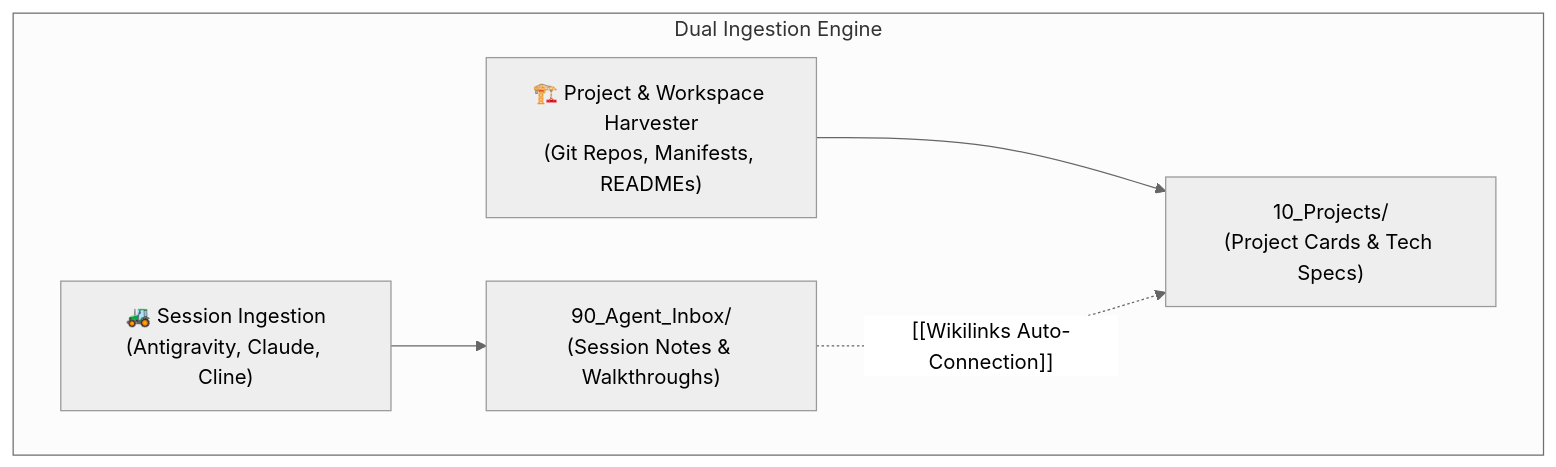
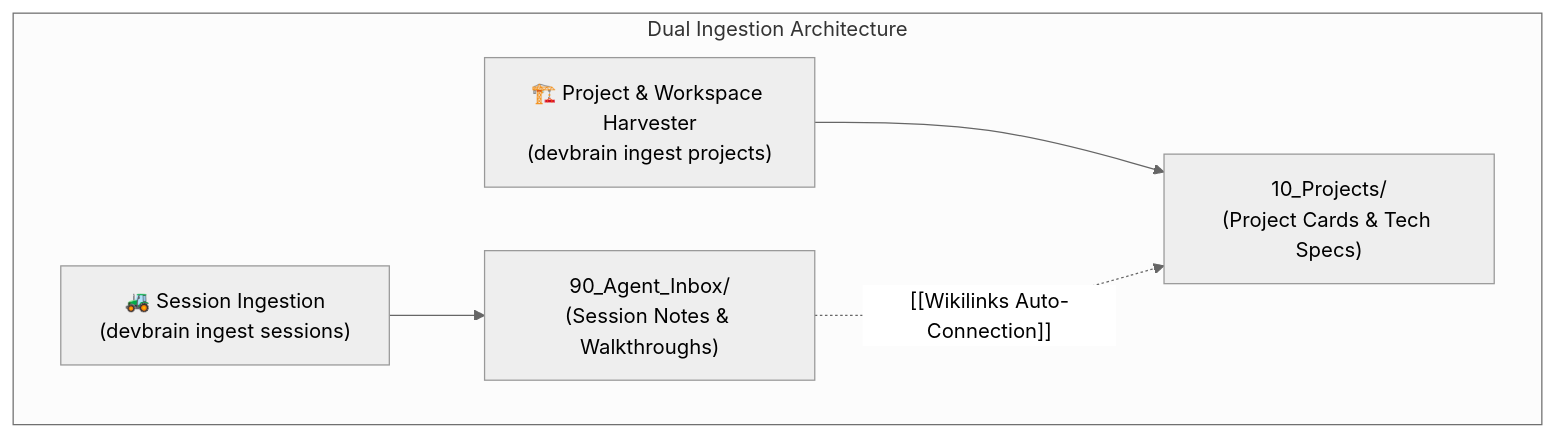
The diagram in docs/brainstorming/27-workspace-project-harvester-dan-auto-seeding.md (DycandX/devbrain), drawn with Mermaid (neutral theme) before and after one commit. The commit also changed other lines of this file, not shown here.

````diff
--- a/docs/brainstorming/27-workspace-project-harvester-dan-auto-seeding.md
+++ b/docs/brainstorming/27-workspace-project-harvester-dan-auto-seeding.md
@@ -17,9 +17,9 @@
 ```mermaid
 graph TD
-    subgraph "Dual Ingestion Engine"
-        A["🚜 Session Ingestion<br/>(Antigravity, Claude, Cline)"] --> Inbox["90_Agent_Inbox/<br/>(Session Notes & Walkthroughs)"]
-        B["🏗️ Project & Workspace Harvester<br/>(Git Repos, Manifests, READMEs)"] --> Projects["10_Projects/<br/>(Project Cards & Tech Specs)"]
+    subgraph "Dual Ingestion Architecture"
+        A["🚜 Session Ingestion<br/>(devbrain ingest sessions)"] --> Inbox["90_Agent_Inbox/<br/>(Session Notes & Walkthroughs)"]
+        B["🏗️ Project & Workspace Harvester<br/>(devbrain ingest projects)"] --> Projects["10_Projects/<br/>(Project Cards & Tech Specs)"]
     end
     
     Inbox -. "[[Wikilinks Auto-Connection]]" .-> Projects
 ```
````
